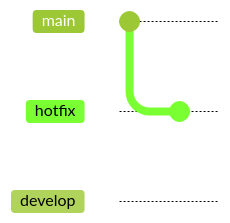
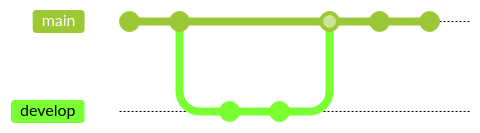
The fourth of 4 diagrams in README.md (sdncoder/diagrams), drawn with Mermaid (forest theme) before and after one commit. Commit ids are hidden.

````diff
--- a/README.md
+++ b/README.md
@@ -76,9 +76,13 @@
 ```mermaid
-   gitGraph
-        commit
-        branch hotfix
-        checkout hotfix
-        commit
-        branch develop
-        checkout develop
+gitGraph
+       commit
+       commit
+       branch develop
+       checkout develop
+       commit
+       commit
+       checkout main
+       merge develop
+       commit
+       commit
 ```
````
